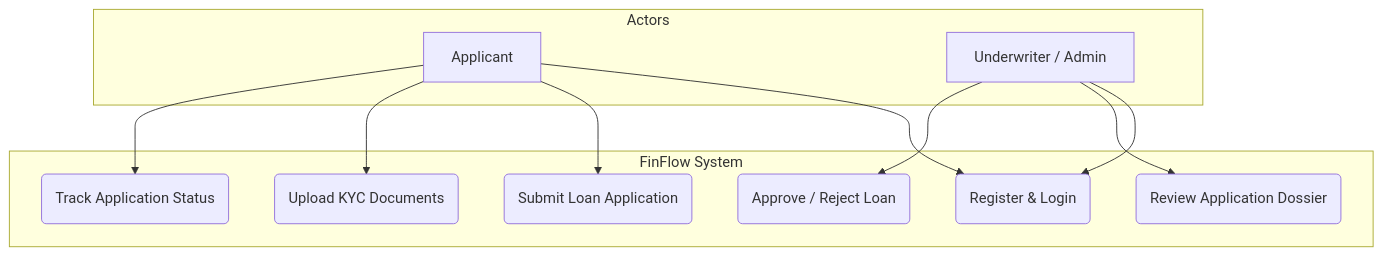
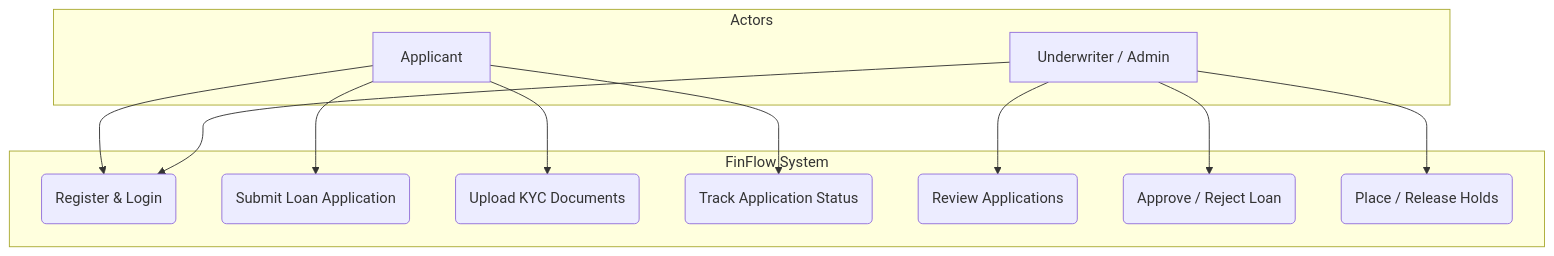
One commit to durgaaprasadch/FinFlow changed the first of 5 diagrams in docs/DESIGN_DIAGRAMS.md. Above: the diagram before and after it, drawn with Mermaid. The commit also changed other lines of this file and 2 other files, not shown here.

Commit message:
docs: enrich project diagrams, code explanations, and presentation slides

````diff
--- a/docs/DESIGN_DIAGRAMS.md
+++ b/docs/DESIGN_DIAGRAMS.md
@@ -10,25 +10,27 @@
 ```mermaid
 graph TD
     subgraph Actors
         A[Applicant]
         AD[Underwriter / Admin]
     end
 
     subgraph "FinFlow System"
         UC_Auth(Register & Login)
         UC_Submit(Submit Loan Application)
         UC_Upload(Upload KYC Documents)
         UC_Track(Track Application Status)
-        UC_Review(Review Application Dossier)
+        UC_Review(Review Applications)
         UC_Decision(Approve / Reject Loan)
+        UC_Hold(Place / Release Holds)
     end
 
     A --> UC_Auth
     A --> UC_Submit
     A --> UC_Upload
     A --> UC_Track
 
     AD --> UC_Auth
     AD --> UC_Review
     AD --> UC_Decision
+    AD --> UC_Hold
 ```
````
